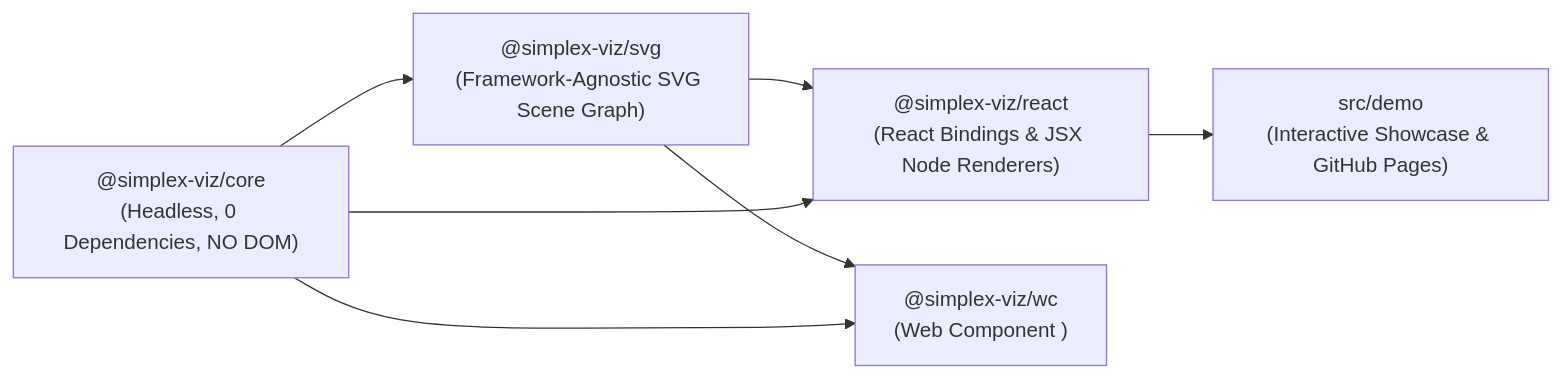
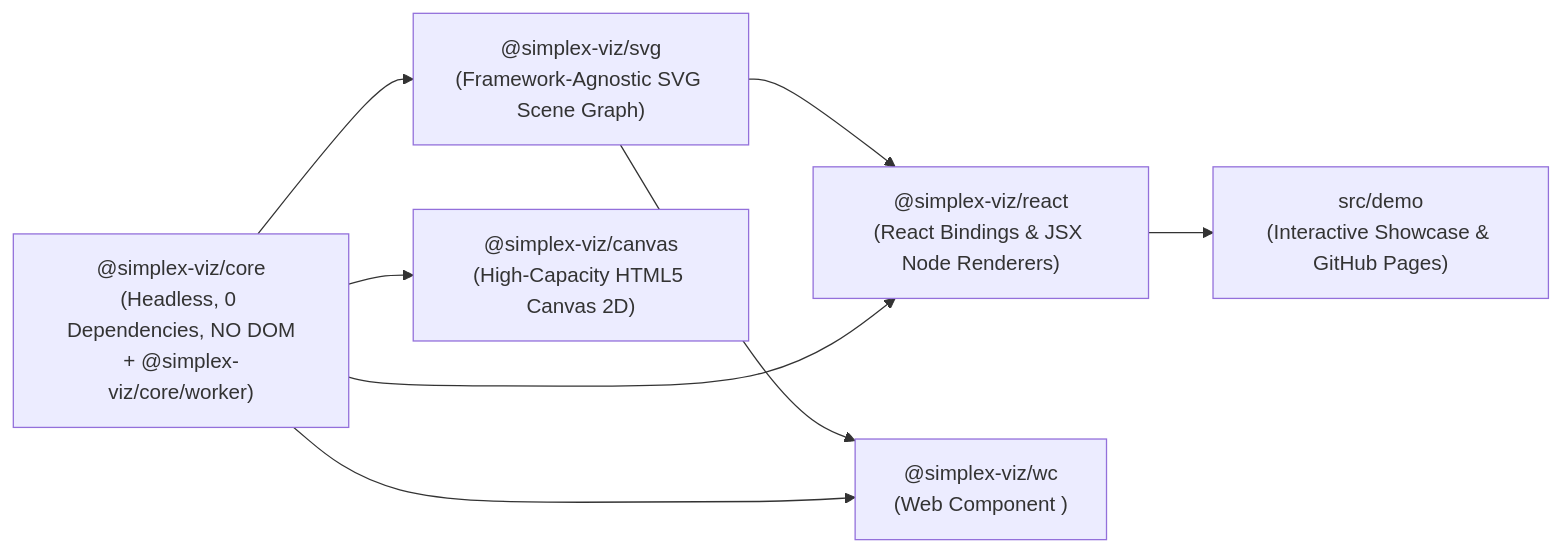
One commit to ghackenberg/simplex-viz changed the diagram in README.md. Above: the diagram before and after it, drawn with Mermaid. The commit also changed other lines of this file and 50 other files, not shown here.

````diff
--- a/README.md
+++ b/README.md
@@ -49,9 +49,10 @@
 ```mermaid
 flowchart LR
-  Core["@simplex-viz/core\n(Headless, 0 Dependencies, NO DOM)"] --> Svg["@simplex-viz/svg\n(Framework-Agnostic SVG Scene Graph)"]
+  Core["@simplex-viz/core\n(Headless, 0 Dependencies, NO DOM\n+ @simplex-viz/core/worker)"] --> Svg["@simplex-viz/svg\n(Framework-Agnostic SVG Scene Graph)"]
+  Core --> Canvas["@simplex-viz/canvas\n(High-Capacity HTML5 Canvas 2D)"]
   Svg --> React["@simplex-viz/react\n(React Bindings & JSX Node Renderers)"]
   Core --> React
   Svg --> Wc["@simplex-viz/wc\n(Web Component <simplex-topic-graph>)"]
   Core --> Wc
   React --> Demo["src/demo\n(Interactive Showcase & GitHub Pages)"]
 ```
````
